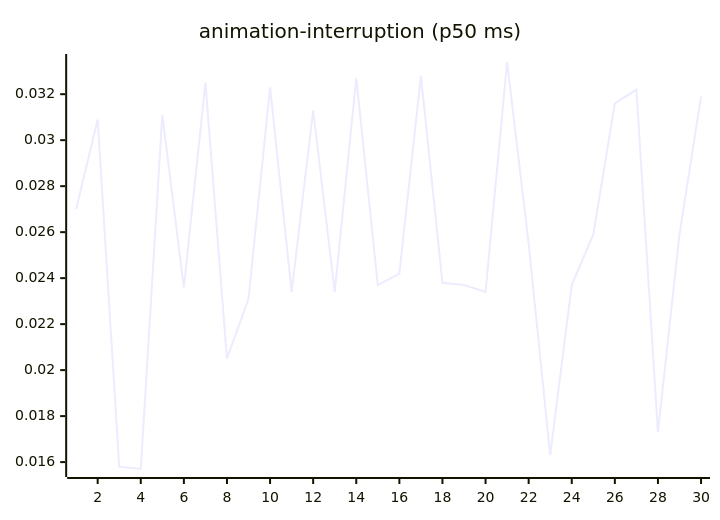
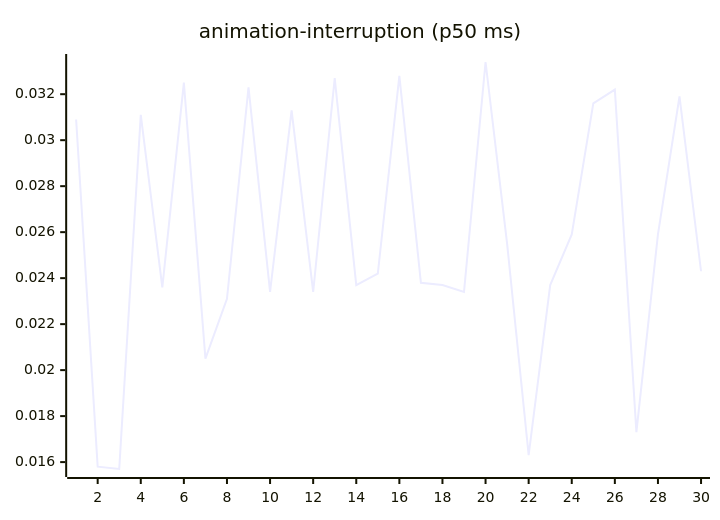
Before and after one commit to josha/Facet: the third of 27 diagrams in README.md, drawn with Mermaid. The commit also changed other lines of this file and 2 other files, not shown here.

````diff
--- a/README.md
+++ b/README.md
@@ -77,6 +77,6 @@
 ```mermaid
 xychart-beta
     title "animation-interruption (p50 ms)"
     x-axis 1 --> 30
-    line [0.0270, 0.0309, 0.0158, 0.0157, 0.0311, 0.0236, 0.0325, 0.0205, 0.0231, 0.0323, 0.0234, 0.0313, 0.0234, 0.0327, 0.0237, 0.0242, 0.0328, 0.0238, 0.0237, 0.0234, 0.0334, 0.0255, 0.0163, 0.0237, 0.0259, 0.0316, 0.0322, 0.0173, 0.0259, 0.0319]
+    line [0.0309, 0.0158, 0.0157, 0.0311, 0.0236, 0.0325, 0.0205, 0.0231, 0.0323, 0.0234, 0.0313, 0.0234, 0.0327, 0.0237, 0.0242, 0.0328, 0.0238, 0.0237, 0.0234, 0.0334, 0.0255, 0.0163, 0.0237, 0.0259, 0.0316, 0.0322, 0.0173, 0.0259, 0.0319, 0.0243]
 ```
````
